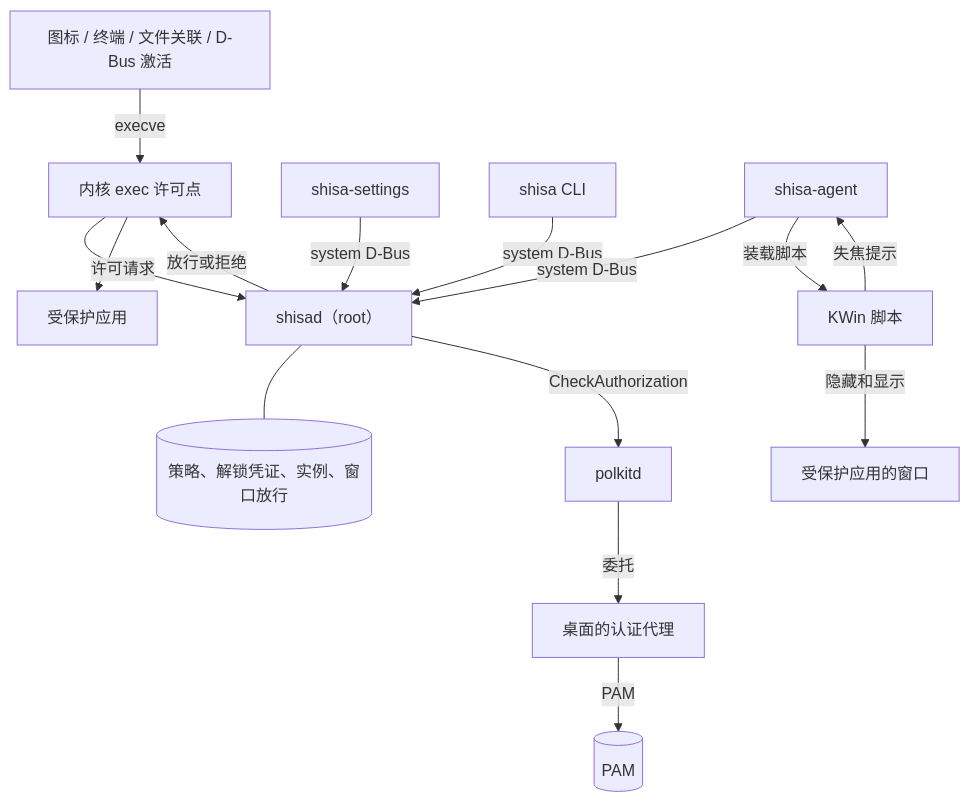
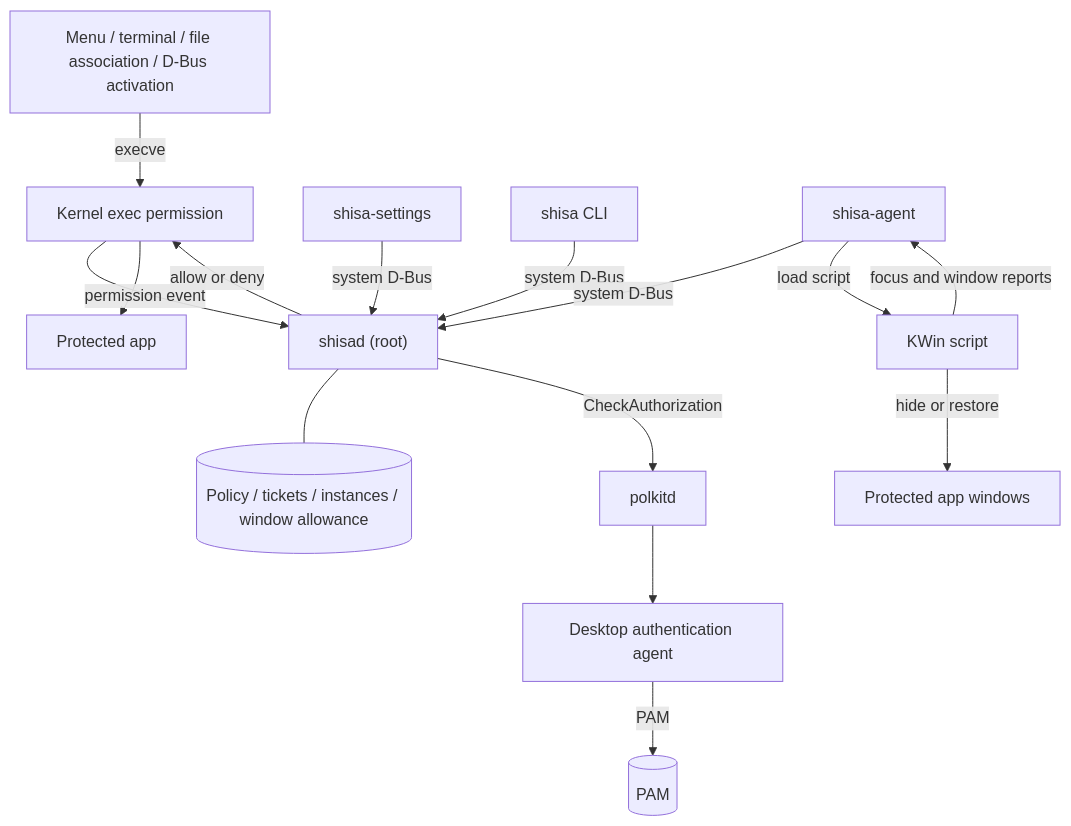
One commit to RiverOnVenus/Shisa changed the diagram in docs/architecture.md. Above: the diagram before and after it, drawn with Mermaid. The commit also changed other lines of this file and 10 other files, not shown here.

````diff
--- a/docs/architecture.md
+++ b/docs/architecture.md
@@ -39,17 +35,17 @@
 ```mermaid
 flowchart TB
-  entry["图标 / 终端 / 文件关联 / D-Bus 激活"] -->|execve| kernel["内核 exec 许可点"]
-  kernel -->|许可请求| daemon["shisad（root）"]
-  daemon -->|放行或拒绝| kernel
-  kernel --> app["受保护应用"]
-  daemon --- state[("策略、解锁凭证、实例、窗口放行")]
+  entry["Menu / terminal / file association / D-Bus activation"] -->|execve| kernel["Kernel exec permission"]
+  kernel -->|permission event| daemon["shisad (root)"]
+  daemon -->|allow or deny| kernel
+  kernel --> app["Protected app"]
+  daemon --- state[("Policy / tickets / instances / window allowance")]
   daemon -->|CheckAuthorization| polkit["polkitd"]
-  polkit -->|委托| agent["桌面的认证代理"]
+  polkit --> agent["Desktop authentication agent"]
   agent -->|PAM| pam[("PAM")]
   settings["shisa-settings"] -->|system D-Bus| daemon
   cli["shisa CLI"] -->|system D-Bus| daemon
   tray["shisa-agent"] -->|system D-Bus| daemon
-  tray -->|装载脚本| kwin["KWin 脚本"]
-  kwin -->|隐藏和显示| windows["受保护应用的窗口"]
-  kwin -->|失焦提示| tray
+  tray -->|load script| kwin["KWin script"]
+  kwin -->|hide or restore| windows["Protected app windows"]
+  kwin -->|focus and window reports| tray
 ```
````
